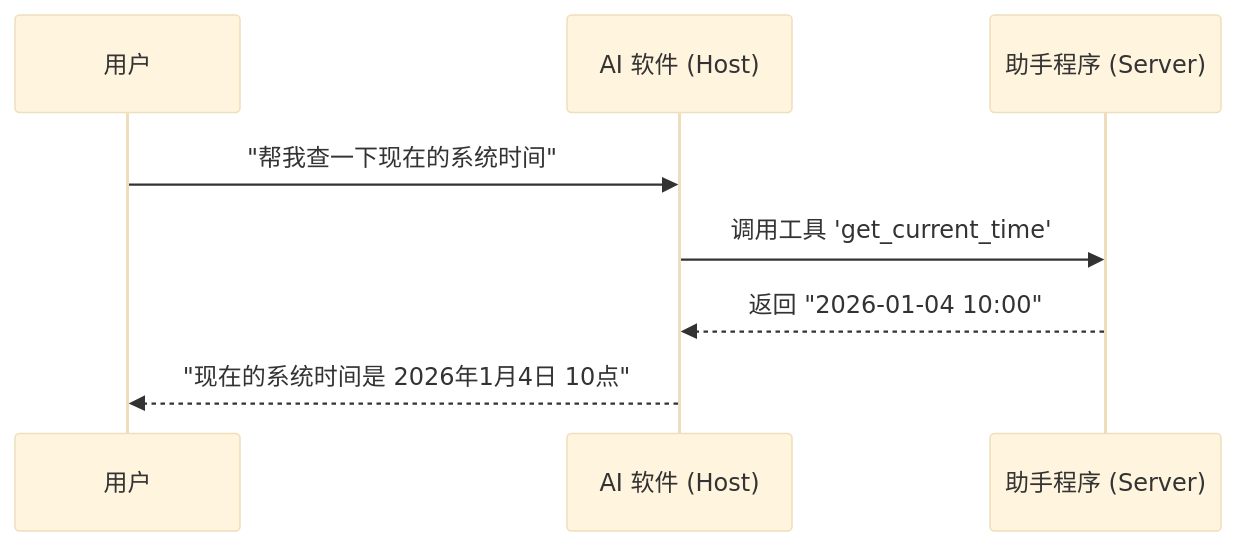
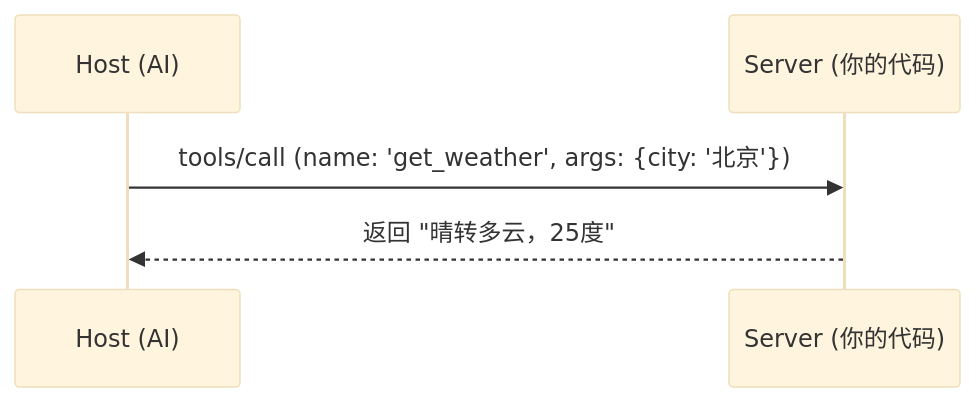
Before and after one commit to zenHeart/learn-ai: the third of 3 diagrams in examples/mcp-lab/README.md, drawn with Mermaid (base theme). The commit also changed other lines of this file, not shown here.

````diff
--- a/examples/mcp-lab/README.md
+++ b/examples/mcp-lab/README.md
@@ -47,11 +98,7 @@
 ```mermaid
 sequenceDiagram
-    participant U as 用户
-    participant H as AI 软件 (Host)
-    participant S as 助手程序 (Server)
-    
-    U->>H: "帮我查一下现在的系统时间"
-    H->>S: 调用工具 'get_current_time'
-    S-->>H: 返回 "2026-01-04 10:00"
-    H-->>U: "现在的系统时间是 2026年1月4日 10点"
+    participant H as Host (AI)
+    participant S as Server (你的代码)
+    H->>S: tools/call (name: 'get_weather', args: {city: '北京'})
+    S-->>H: 返回 "晴转多云，25度"
 ```
````
